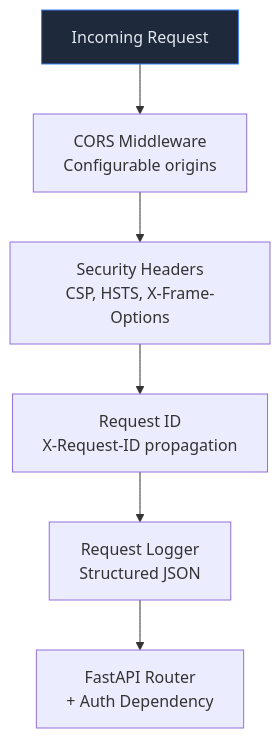
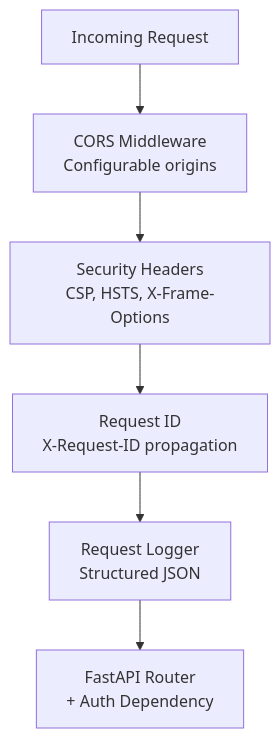
One commit to rkrumins/dataviz changed the seventh of 8 diagrams in docs/BACKEND.md. Above: the diagram before and after it, drawn with Mermaid. The commit also changed other lines of this file and 46 other files, not shown here.

````diff
--- a/docs/BACKEND.md
+++ b/docs/BACKEND.md
@@ -544,11 +527,10 @@
 ```mermaid
 graph TB
     Req[Incoming Request] --> CORS
     CORS[CORS Middleware<br/>Configurable origins] --> SecH
     SecH[Security Headers<br/>CSP, HSTS, X-Frame-Options] --> ReqID
     ReqID[Request ID<br/>X-Request-ID propagation] --> Log
     Log[Request Logger<br/>Structured JSON] --> Route
     Route[FastAPI Router<br/>+ Auth Dependency]
 
-    style Req fill:#1e293b,stroke:#3b82f6,color:#e2e8f0
 ```
````
